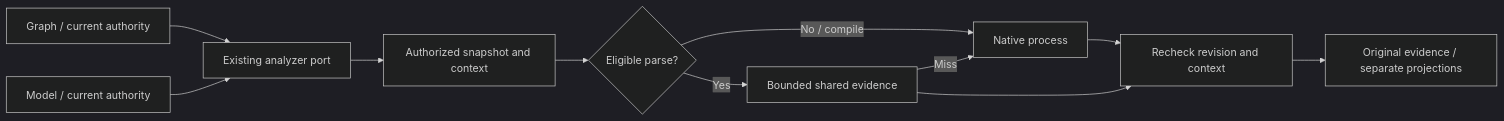
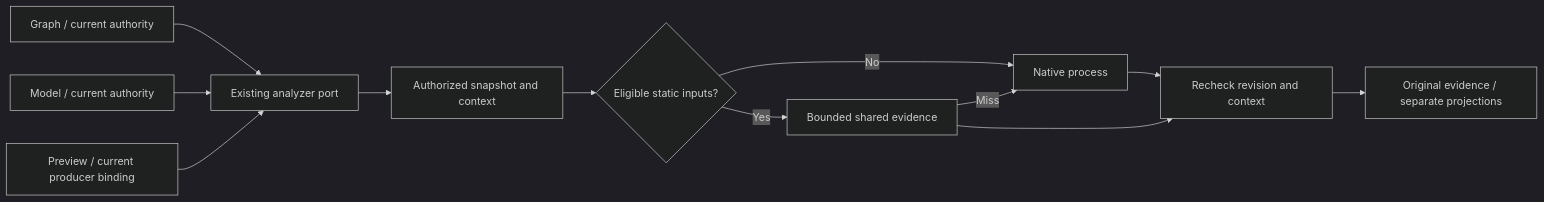
One commit to dunay2/dvt changed the diagram in docs/architecture/components/api/dbt-project-analysis-component.md. Above: the diagram before and after it, drawn with Mermaid (dark theme). The commit also changed other lines of this file and 349 other files, not shown here.

````diff
--- a/docs/architecture/components/api/dbt-project-analysis-component.md
+++ b/docs/architecture/components/api/dbt-project-analysis-component.md
@@ -36,13 +38,14 @@
 ```mermaid
 flowchart LR
   G[Graph / current authority] --> A[Existing analyzer port]
   M[Model / current authority] --> A
+  P[Preview / current producer binding] --> A
   A --> S[Authorized snapshot and context]
-  S --> E{Eligible parse?}
-  E -->|No / compile| P[Native process]
+  S --> E{Eligible static inputs?}
+  E -->|No| N[Native process]
   E -->|Yes| R[Bounded shared evidence]
-  R -->|Miss| P
-  P --> V[Recheck revision and context]
+  R -->|Miss| N
+  N --> V[Recheck revision and context]
   R --> V
   V --> O[Original evidence / separate projections]
 ```
````
